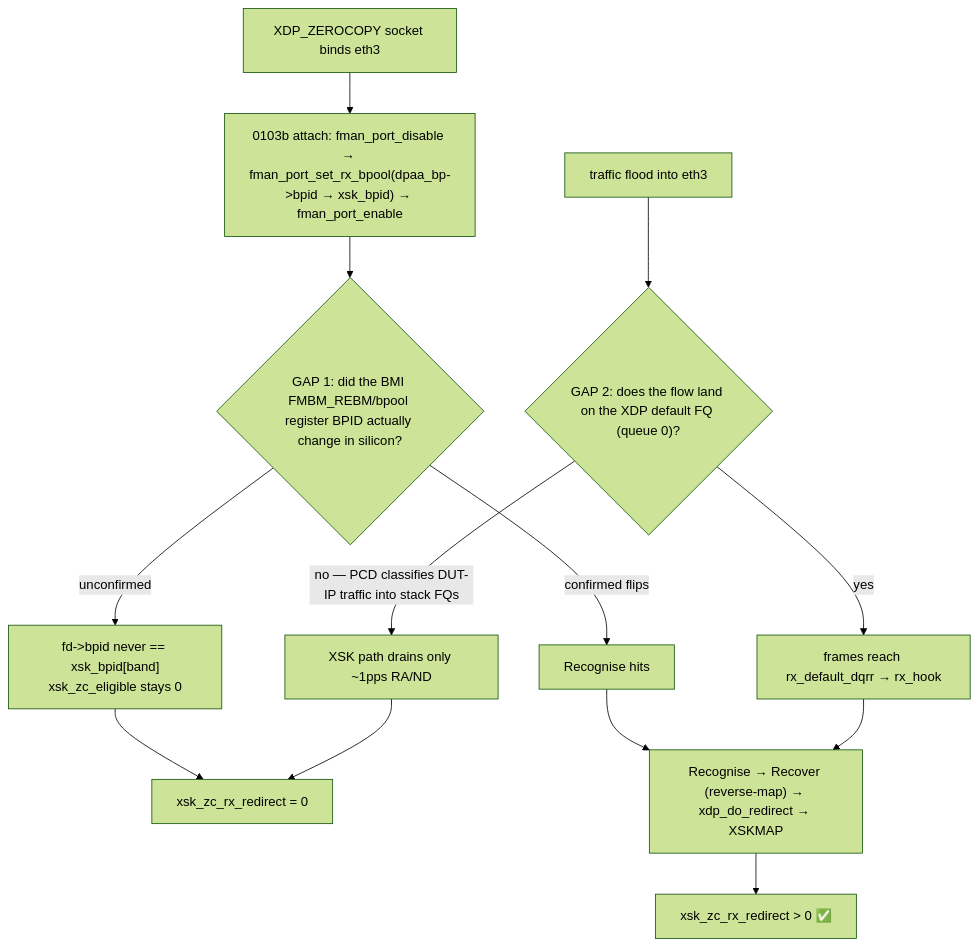
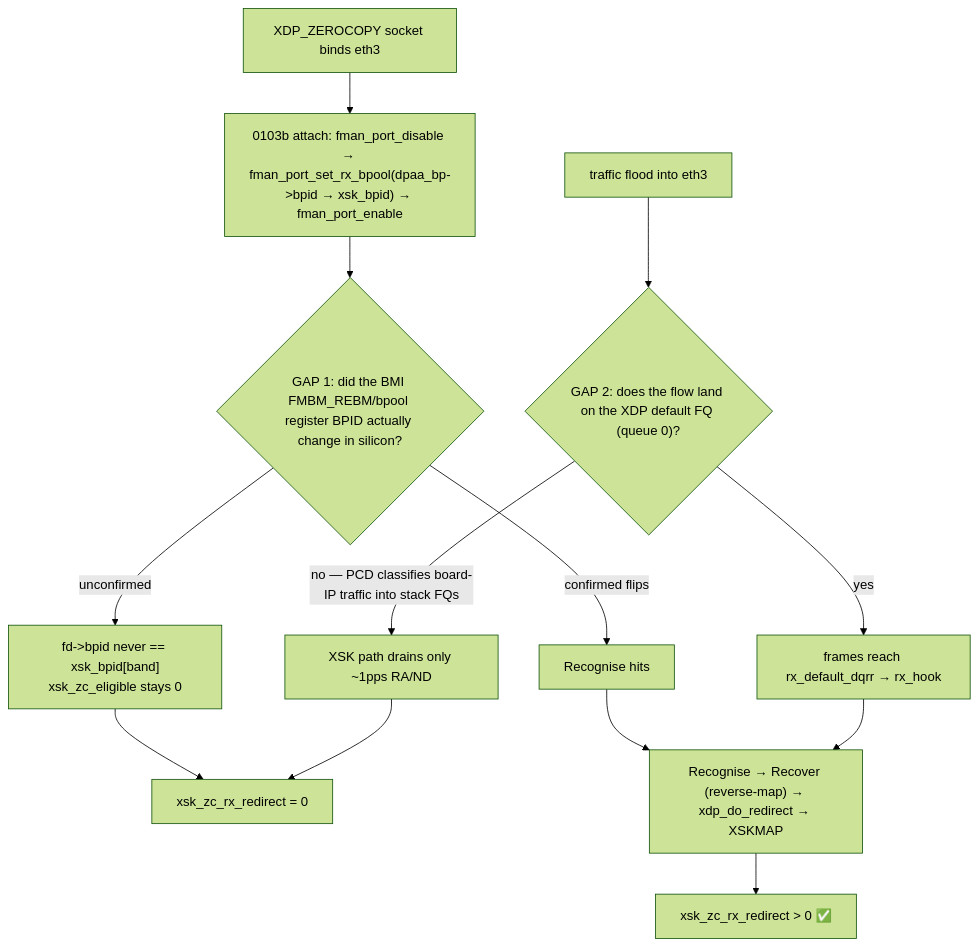
Before and after one commit to Daegara/vyos-ls1046a-build: the diagram in plans/ZC-RX-SCOPE.md, drawn with Mermaid (forest theme). The commit also changed other lines of this file and 18 other files, not shown here.

````diff
--- a/plans/ZC-RX-SCOPE.md
+++ b/plans/ZC-RX-SCOPE.md
@@ -35,15 +35,15 @@
 ```mermaid
 flowchart TD
     A["XDP_ZEROCOPY socket binds eth3"] --> B["0103b attach: fman_port_disable → fman_port_set_rx_bpool(dpaa_bp->bpid → xsk_bpid) → fman_port_enable"]
     B --> G1{"GAP 1: did the BMI FMBM_REBM/bpool register BPID actually change in silicon?"}
     G1 -->|"unconfirmed"| X1["fd->bpid never == xsk_bpid[band]<br/>xsk_zc_eligible stays 0"]
     C["traffic flood into eth3"] --> G2{"GAP 2: does the flow land on the XDP default FQ (queue 0)?"}
-    G2 -->|"no — PCD classifies DUT-IP traffic into stack FQs"| X2["XSK path drains only ~1pps RA/ND"]
+    G2 -->|"no — PCD classifies board-IP traffic into stack FQs"| X2["XSK path drains only ~1pps RA/ND"]
     X1 --> Z["xsk_zc_rx_redirect = 0"]
     X2 --> Z
     G1 -->|"confirmed flips"| Y1["Recognise hits"]
     G2 -->|"yes"| Y2["frames reach rx_default_dqrr → rx_hook"]
     Y1 --> W["Recognise → Recover (reverse-map) → xdp_do_redirect → XSKMAP"]
     Y2 --> W
     W --> OK["xsk_zc_rx_redirect > 0 ✅"]
 ```
````
